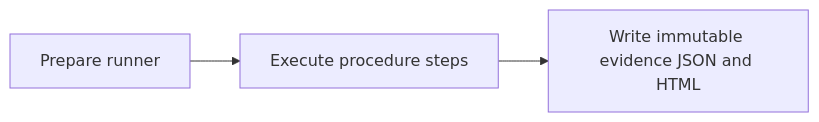
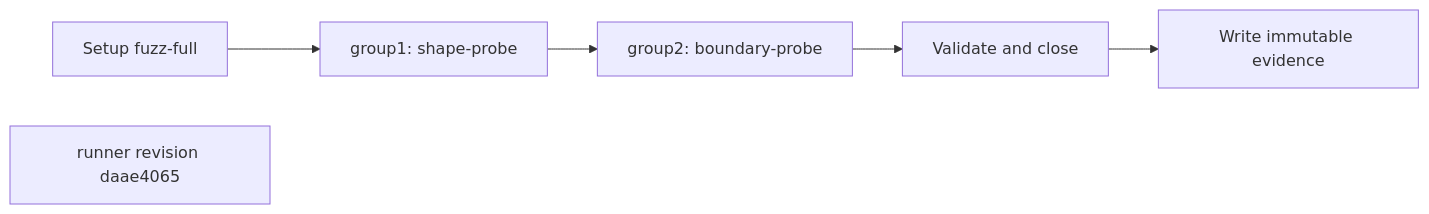
Before and after one commit to randlee/atm-core: the first of 4 diagrams in docs/procedures/fuzz-full.md, drawn with Mermaid. The commit also changed other lines of this file and 149 other files, not shown here.

Commit message:
fix: close BB3 procedure-page review findings

````diff
--- a/docs/procedures/fuzz-full.md
+++ b/docs/procedures/fuzz-full.md
@@ -19,5 +22,13 @@
 ```mermaid
 flowchart LR
-  setup[Prepare runner] --> steps[Execute procedure steps]
-  steps --> evidence[Write immutable evidence JSON and HTML]
+  setup[Setup fuzz-full]
+  case1[group1: shape-probe]
+  case2[group2: boundary-probe]
+  teardown[Validate and close]
+  evidence[Write immutable evidence]
+  setup --> case1
+  case1 --> case2
+  case2 --> teardown
+  teardown --> evidence
+  note[runner revision daae4065]:::revision
 ```
````
